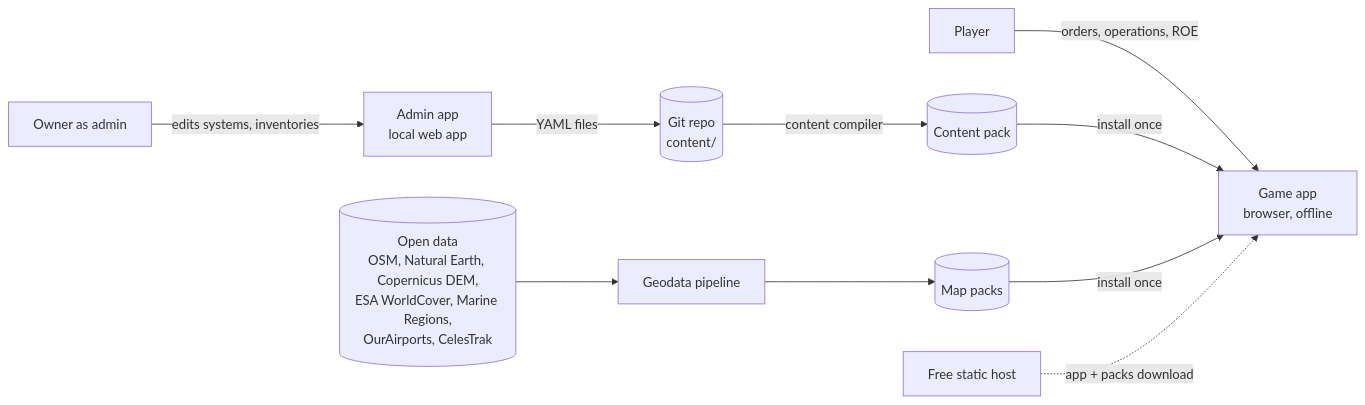
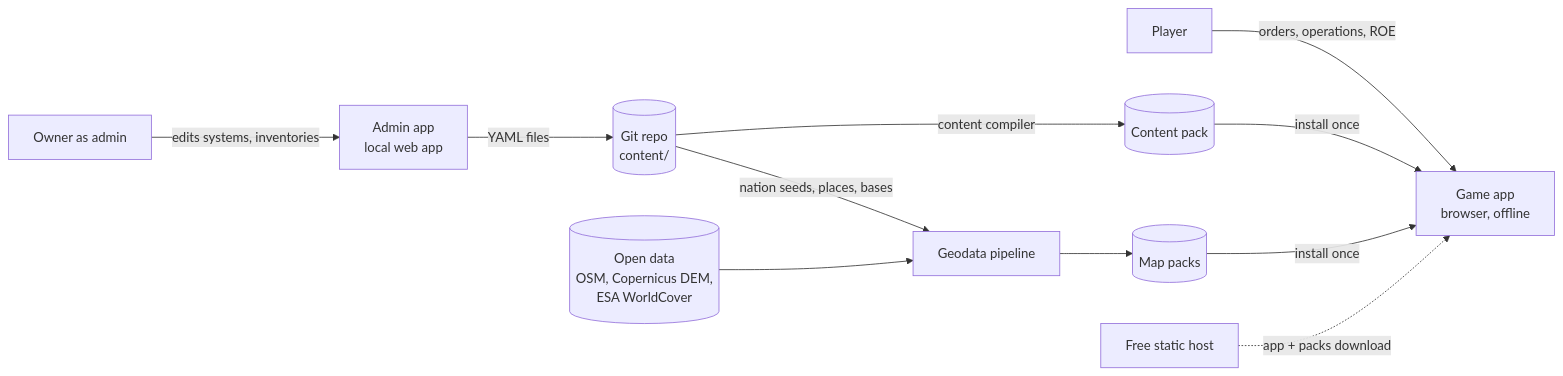
Before and after one commit to vinaymoger1836/warboard: the first of 2 diagrams in docs/01-overview.md, drawn with Mermaid. The commit also changed other lines of this file and 5 other files, not shown here.

````diff
--- a/docs/01-overview.md
+++ b/docs/01-overview.md
@@ -43,11 +43,12 @@
 ```mermaid
 flowchart LR
   P[Player] -->|orders, operations, ROE| G[Game app\nbrowser, offline]
   A[Owner as admin] -->|edits systems, inventories| AD[Admin app\nlocal web app]
   AD -->|YAML files| REPO[(Git repo\ncontent/)]
   REPO -->|content compiler| CP[(Content pack)]
-  OD[(Open data\nOSM, Natural Earth, Copernicus DEM,\nESA WorldCover, Marine Regions,\nOurAirports, CelesTrak)] --> GEO[Geodata pipeline]
+  OD[(Open data\nOSM, Copernicus DEM,\nESA WorldCover)] --> GEO[Geodata pipeline]
+  REPO -->|nation seeds, places, bases| GEO
   GEO --> MP[(Map packs)]
   CP & MP -->|install once| G
   HOST[Free static host] -.->|app + packs download| G
 ```
````
